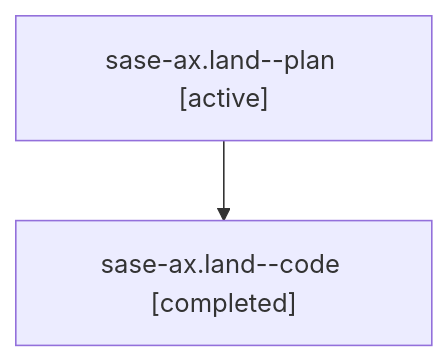
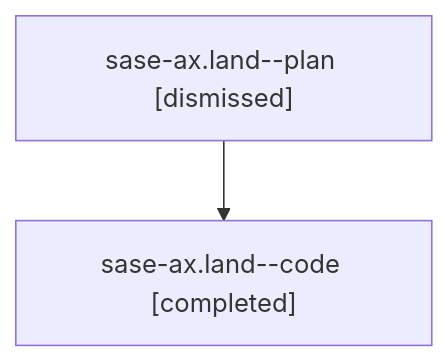
The diagram in sessions/bbugyi200.athena.sase-ax.land.md (sase-org/sase--agents), drawn with Mermaid before and after one commit. The commit also changed other lines of this file and 88 other files, not shown here.

````diff
--- a/sessions/bbugyi200.athena.sase-ax.land.md
+++ b/sessions/bbugyi200.athena.sase-ax.land.md
@@ -9,6 +9,6 @@
 ```mermaid
 flowchart TD
-  n0["sase-ax.land--plan [active]"]
+  n0["sase-ax.land--plan [dismissed]"]
   n1["sase-ax.land--code [completed]"]
   n0 --> n1
 ```
````
